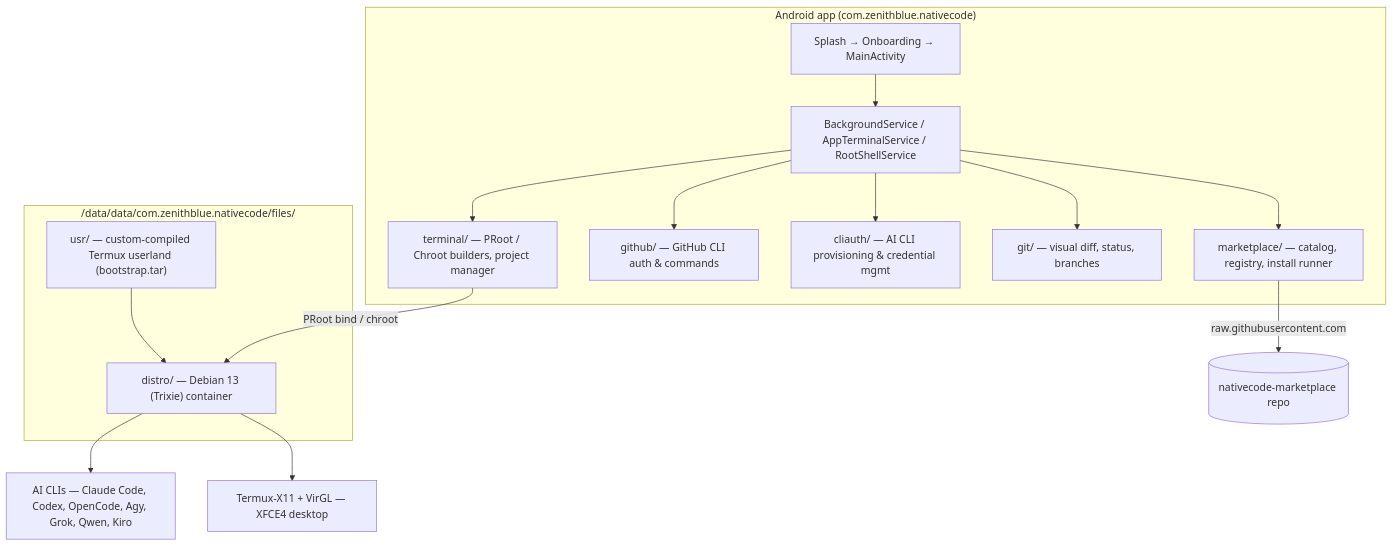
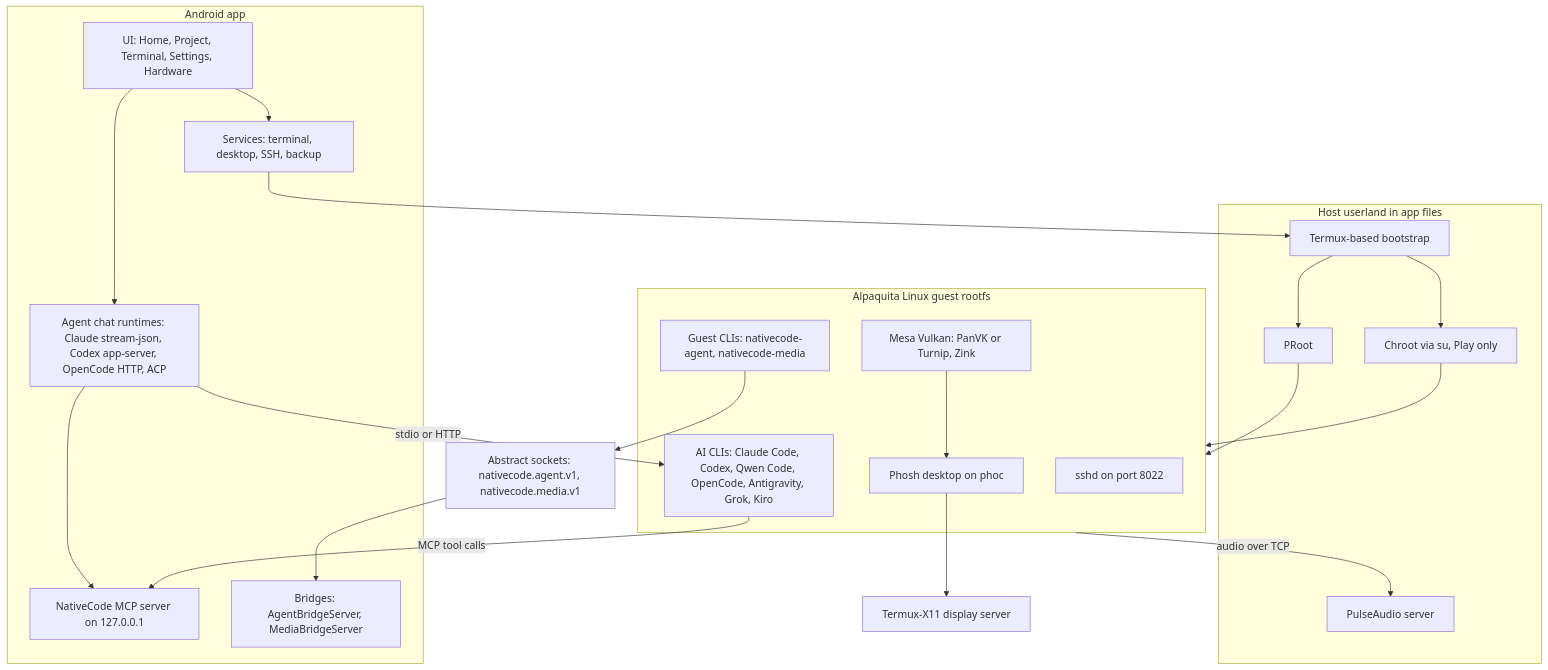
Before and after one commit to zenithblue-oss/nativecode: the second of 3 diagrams in README.md, drawn with Mermaid. The commit also changed other lines of this file and 14 other files, not shown here.

````diff
--- a/README.md
+++ b/README.md
@@ -77,23 +153,44 @@
 ```mermaid
 flowchart TB
-    subgraph App["Android app (com.zenithblue.nativecode)"]
-        UI["Splash → Onboarding → MainActivity"]
-        UI --> Services["BackgroundService / AppTerminalService / RootShellService"]
-        Services --> MKT["marketplace/ — catalog, registry, install runner"]
-        Services --> GH["github/ — GitHub CLI auth & commands"]
-        Services --> AUTH["cliauth/ — AI CLI provisioning & credential mgmt"]
-        Services --> GIT["git/ — visual diff, status, branches"]
-        Services --> TERM["terminal/ — PRoot / Chroot builders, project manager"]
+    subgraph APP["Android app"]
+        UI["UI: Home, Project, Terminal, Settings, Hardware"]
+        CHAT["Agent chat runtimes: Claude stream-json, Codex app-server, OpenCode HTTP, ACP"]
+        MCP["NativeCode MCP server on 127.0.0.1"]
+        SVC["Services: terminal, desktop, SSH, backup"]
+        BR["Bridges: AgentBridgeServer, MediaBridgeServer"]
     end
 
-    subgraph Storage["/data/data/com.zenithblue.nativecode/files/"]
-        USER["usr/ — custom-compiled Termux userland (bootstrap.tar)"]
-        DISTRO["distro/ — Debian 13 (Trixie) container"]
+    subgraph HOST["Host userland in app files"]
+        BOOT["Termux-based bootstrap"]
+        PROOT["PRoot"]
+        CHROOT["Chroot via su, Play only"]
+        PULSE["PulseAudio server"]
     end
 
-    MKT -->|raw.githubusercontent.com| MP[(nativecode-marketplace repo)]
-    TERM -->|PRoot bind / chroot| DISTRO
-    USER --> DISTRO
-    DISTRO --> AI["AI CLIs — Claude Code, Codex, OpenCode, Agy, Grok, Qwen, Kiro"]
-    DISTRO --> X11["Termux-X11 + VirGL — XFCE4 desktop"]
+    subgraph GUEST["Alpaquita Linux guest rootfs"]
+        CLIS["AI CLIs: Claude Code, Codex, Qwen Code, OpenCode, Antigravity, Grok, Kiro"]
+        PHOSH["Phosh desktop on phoc"]
+        GPU["Mesa Vulkan: PanVK or Turnip, Zink"]
+        TOOLS["Guest CLIs: nativecode-agent, nativecode-media"]
+        SSHD["sshd on port 8022"]
+    end
+
+    X11["Termux-X11 display server"]
+    SOCK["Abstract sockets: nativecode.agent.v1, nativecode.media.v1"]
+
+    UI --> SVC
+    UI --> CHAT
+    CHAT --> MCP
+    SVC --> BOOT
+    BOOT --> PROOT
+    BOOT --> CHROOT
+    PROOT --> GUEST
+    CHROOT --> GUEST
+    CHAT -- "stdio or HTTP" --> CLIS
+    CLIS -- "MCP tool calls" --> MCP
+    PHOSH --> X11
+    GPU --> PHOSH
+    GUEST -- "audio over TCP" --> PULSE
+    TOOLS --> SOCK
+    SOCK --> BR
 ```
````
